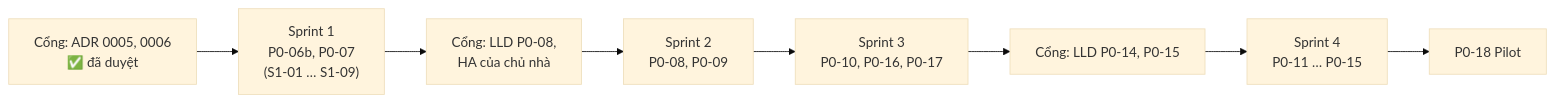
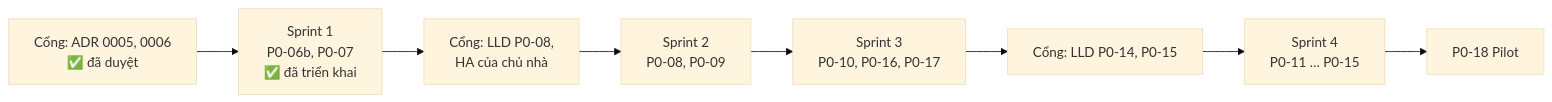
Before and after one commit to nguyenquangtiep/smart-home-future: the fourth of 4 diagrams in docs/ROADMAP.md, drawn with Mermaid (base theme). The commit also changed other lines of this file and 16 other files, not shown here.

Commit message:
S1-09: sync docs with Sprint 1 (acceptance evidence, status, tests, ADR/LLD banners)

````diff
--- a/docs/ROADMAP.md
+++ b/docs/ROADMAP.md
@@ -202,8 +201,8 @@
 ```mermaid
 flowchart LR
-    G0["Cổng: ADR 0005, 0006<br/>✅ đã duyệt"] --> S1["Sprint 1<br/>P0-06b, P0-07<br/>(S1-01 … S1-09)"]
+    G0["Cổng: ADR 0005, 0006<br/>✅ đã duyệt"] --> S1["Sprint 1<br/>P0-06b, P0-07<br/>✅ đã triển khai"]
     S1 --> D2["Cổng: LLD P0-08,<br/>HA của chủ nhà"] --> S2["Sprint 2<br/>P0-08, P0-09"]
     S2 --> S3["Sprint 3<br/>P0-10, P0-16, P0-17"]
     S3 --> D4["Cổng: LLD P0-14, P0-15"] --> S4["Sprint 4<br/>P0-11 … P0-15"]
     S4 --> P["P0-18 Pilot"]
 ```
````
